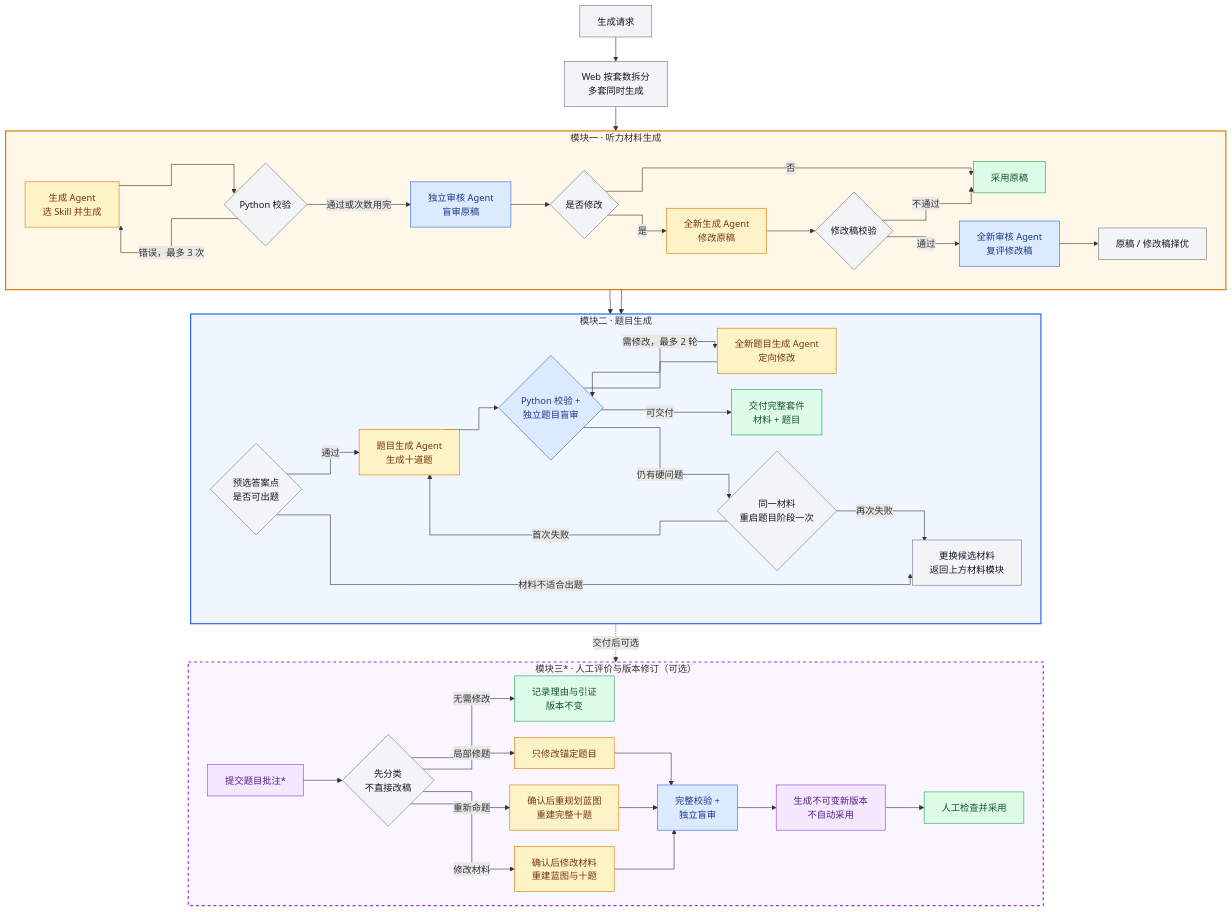
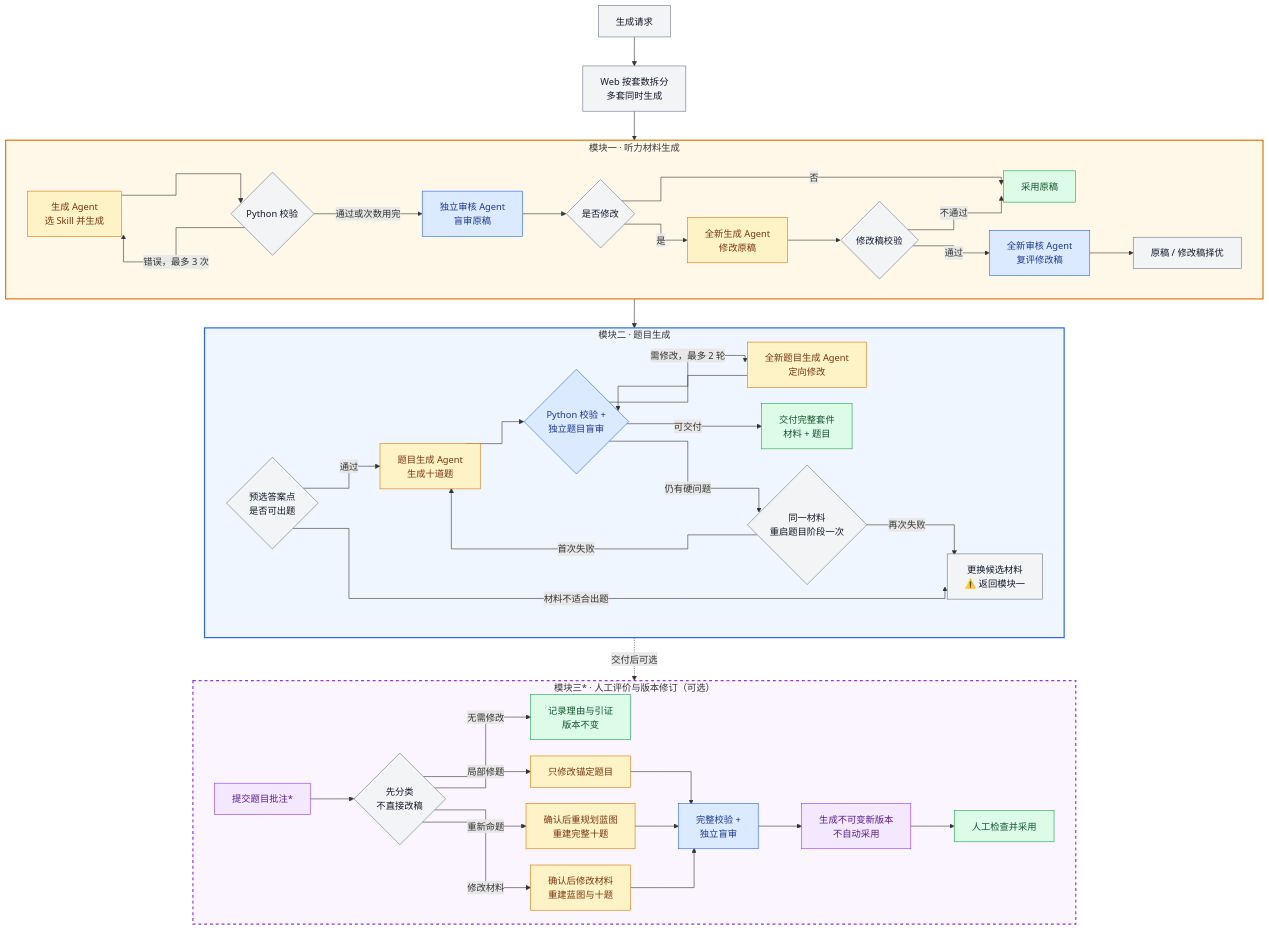
One commit to wanglingxiao123/ielts-part1-generator changed the second of 2 diagrams in README.md. Above: the diagram before and after it, drawn with Mermaid.

Commit message:
docs: stabilize mermaid module layout

````diff
--- a/README.md
+++ b/README.md
@@ -266,68 +266,66 @@
 ```mermaid
-%%{init: {"flowchart": {"curve": "stepAfter", "nodeSpacing": 28, "rankSpacing": 42}}}%%
+%%{init: {"flowchart": {"curve": "stepAfter", "nodeSpacing": 28, "rankSpacing": 50}}}%%
 flowchart TB
     Q["生成请求"] --> F["Web 按套数拆分<br/>多套同时生成"]
+    F --> MATERIAL
 
     subgraph MATERIAL["模块一 · 听力材料生成"]
         direction LR
-        G["生成 Agent<br/>选 Skill 并生成"]
-        G --> V{"Python 校验"}
+        G["生成 Agent<br/>选 Skill 并生成"] --> V{"Python 校验"}
         V -- "错误，最多 3 次" --> G
         V -- "通过或次数用完" --> A["独立审核 Agent<br/>盲审原稿"]
         A --> X{"是否修改"}
         X -- "否" --> O["采用原稿"]
         X -- "是" --> R["全新生成 Agent<br/>修改原稿"]
         R --> C{"修改稿校验"}
         C -- "不通过" --> O
         C -- "通过" --> E["全新审核 Agent<br/>复评修改稿"]
         E --> B["原稿 / 修改稿择优"]
     end
 
-    F --> G
-    O --> P
-    B --> P
+    MATERIAL --> QUESTIONS
 
     subgraph QUESTIONS["模块二 · 题目生成"]
         direction LR
         P{"预选答案点<br/>是否可出题"}
         P -- "通过" --> T["题目生成 Agent<br/>生成十道题"]
         T --> H{"Python 校验 +<br/>独立题目盲审"}
         H -- "需修改，最多 2 轮" --> J["全新题目生成 Agent<br/>定向修改"]
         J --> H
         H -- "可交付" --> D["交付完整套件<br/>材料 + 题目"]
         H -- "仍有硬问题" --> K{"同一材料<br/>重启题目阶段一次"}
         K -- "首次失败" --> T
-        K -- "再次失败" --> W["更换候选材料<br/>返回上方材料模块"]
+        K -- "再次失败" --> W["更换候选材料<br/>⚠️ 返回模块一"]
         P -- "材料不适合出题" --> W
     end
 
-    D -. "交付后可选" .-> CM
+    QUESTIONS -. "交付后可选" .-> REVISION
 
     subgraph REVISION["模块三* · 人工评价与版本修订（可选）"]
         direction LR
         CM["提交题目批注*"] --> CL{"先分类<br/>不直接改稿"}
         CL -- "无需修改" --> NC["记录理由与引证<br/>版本不变"]
         CL -- "局部修题" --> QR["只修改锚定题目"]
         CL -- "重新命题" --> RP["确认后重规划蓝图<br/>重建完整十题"]
         CL -- "修改材料" --> MR["确认后修改材料<br/>重建蓝图与十题"]
         QR --> QA["完整校验 +<br/>独立盲审"]
         RP --> QA
         MR --> QA
         QA --> NV["生成不可变新版本<br/>不自动采用"]
         NV --> AD["人工检查并采用"]
     end
 
     classDef ai fill:#fef3c7,stroke:#d97706,color:#78350f;
     classDef audit fill:#dbeafe,stroke:#2563eb,color:#1e3a8a;
     classDef code fill:#f3f4f6,stroke:#6b7280,color:#111827;
     classDef done fill:#dcfce7,stroke:#16a34a,color:#14532d;
     classDef optional fill:#f3e8ff,stroke:#9333ea,color:#581c87;
     class G,R,T,J,QR,RP,MR ai;
     class A,E,H,QA audit;
     class Q,F,V,X,C,B,P,K,W,CL code;
     class CM,NV optional;
     class O,D,NC,AD done;
     style MATERIAL fill:#fff8e8,stroke:#d97706,stroke-width:2px;
     style QUESTIONS fill:#eff6ff,stroke:#2563eb,stroke-width:2px;
     style REVISION fill:#faf5ff,stroke:#9333ea,stroke-width:2px,stroke-dasharray:5 5;
 ```
````
